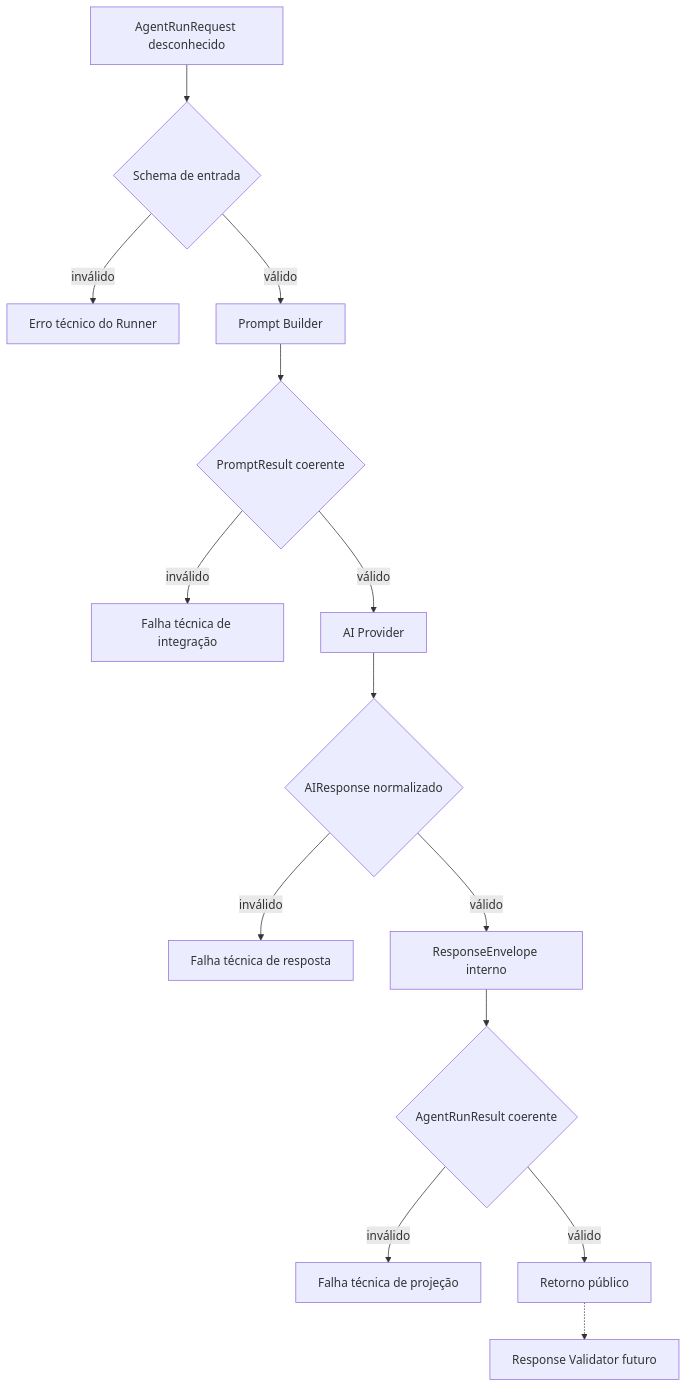
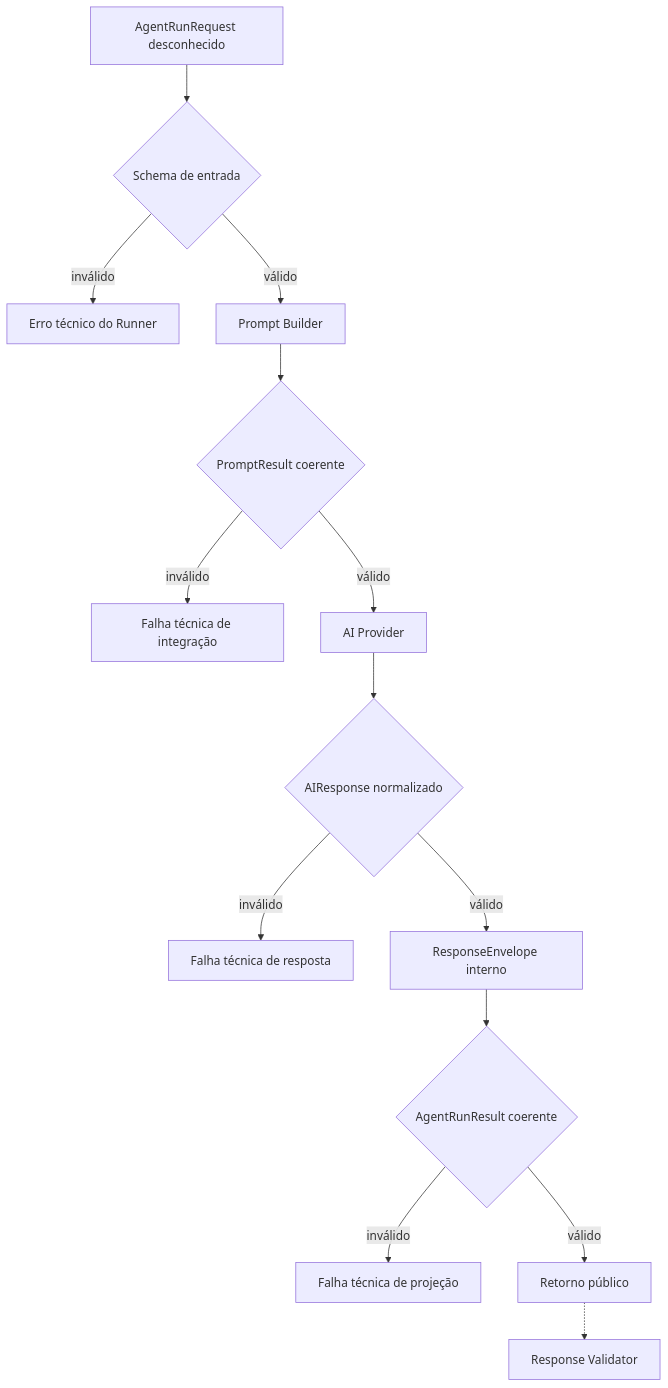
Before and after one commit to felipet66/brq-ai-factory: the fifth of 8 diagrams in knowledge/28-AGENT_RUNNER_FLOW.md, drawn with Mermaid. The commit also changed other lines of this file and 55 other files, not shown here.

First line of the commit message:
feat(sprint-7): implement response validator

````diff
--- a/knowledge/28-AGENT_RUNNER_FLOW.md
+++ b/knowledge/28-AGENT_RUNNER_FLOW.md
@@ -166,17 +166,17 @@
 ```mermaid
 flowchart TD
     A["AgentRunRequest desconhecido"] --> B{"Schema de entrada"}
     B -->|"inválido"| ERR1["Erro técnico do Runner"]
     B -->|"válido"| C["Prompt Builder"]
     C --> D{"PromptResult coerente"}
     D -->|"inválido"| ERR2["Falha técnica de integração"]
     D -->|"válido"| E["AI Provider"]
     E --> F{"AIResponse normalizado"}
     F -->|"inválido"| ERR3["Falha técnica de resposta"]
     F -->|"válido"| G["ResponseEnvelope interno"]
     G --> H{"AgentRunResult coerente"}
     H -->|"inválido"| ERR4["Falha técnica de projeção"]
     H -->|"válido"| OK["Retorno público"]
 
-    OK -.-> NEXT["Response Validator futuro"]
+    OK -.-> NEXT["Response Validator"]
 ```
````
